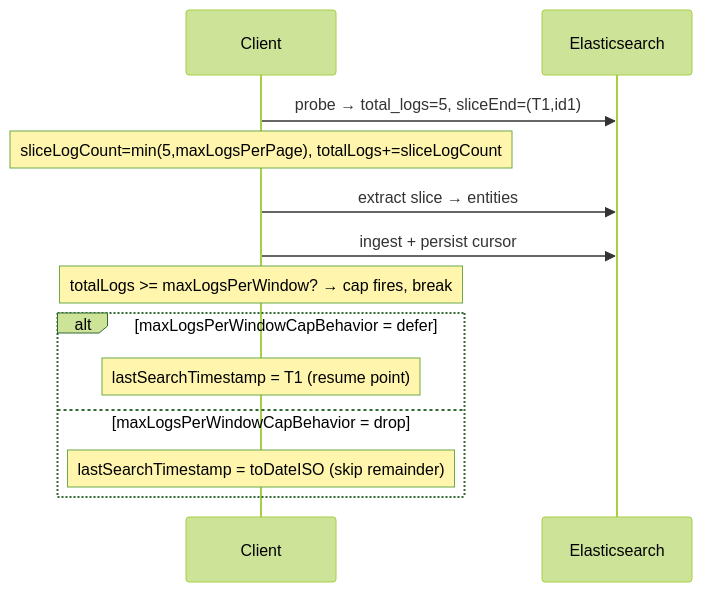
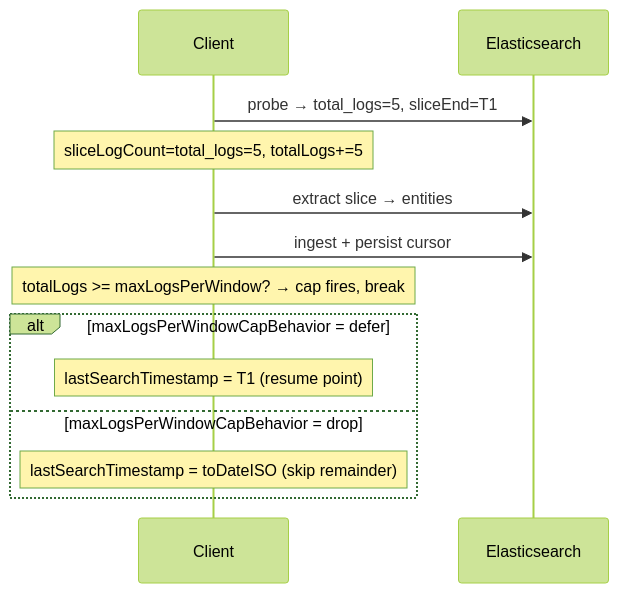
One commit to patrykkopycinski/kibana changed the seventh of 7 diagrams in x-pack/solutions/security/plugins/entity_store/server/domain/logs_extraction/PAGINATION.md. Above: the diagram before and after it, drawn with Mermaid (forest theme). The commit also changed other lines of this file and 20 other files, not shown here.

````diff
--- a/x-pack/solutions/security/plugins/entity_store/server/domain/logs_extraction/PAGINATION.md
+++ b/x-pack/solutions/security/plugins/entity_store/server/domain/logs_extraction/PAGINATION.md
@@ -234,17 +231,17 @@
 ```mermaid
 sequenceDiagram
     participant C as Client
     participant ES as Elasticsearch
 
-    C->>ES: probe → total_logs=5, sliceEnd=(T1,id1)
-    Note over C: sliceLogCount=min(5,maxLogsPerPage), totalLogs+=sliceLogCount
+    C->>ES: probe → total_logs=5, sliceEnd=T1
+    Note over C: sliceLogCount=total_logs=5, totalLogs+=5
     C->>ES: extract slice → entities
     C->>ES: ingest + persist cursor
     Note over C: totalLogs >= maxLogsPerWindow? → cap fires, break
 
     alt maxLogsPerWindowCapBehavior = defer
         Note over C: lastSearchTimestamp = T1 (resume point)
     else maxLogsPerWindowCapBehavior = drop
         Note over C: lastSearchTimestamp = toDateISO (skip remainder)
     end
 ```
````
